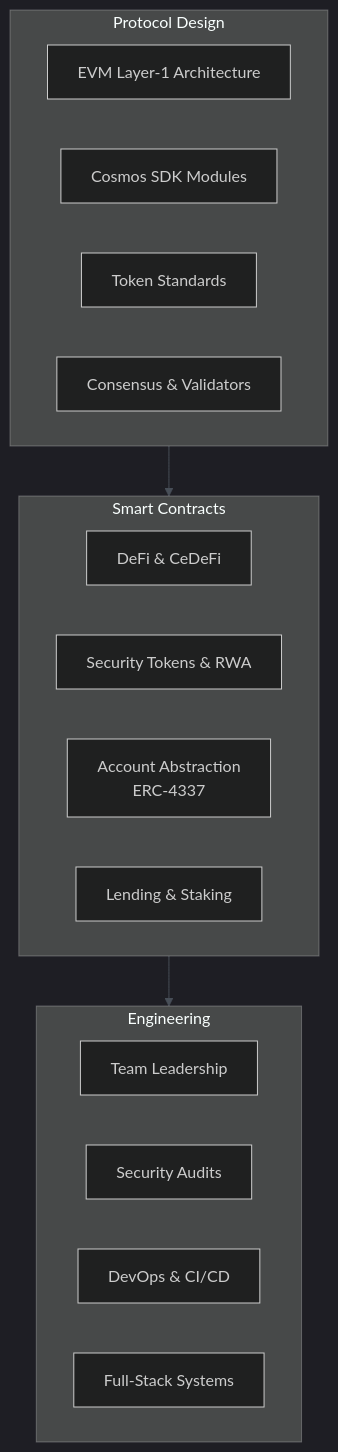
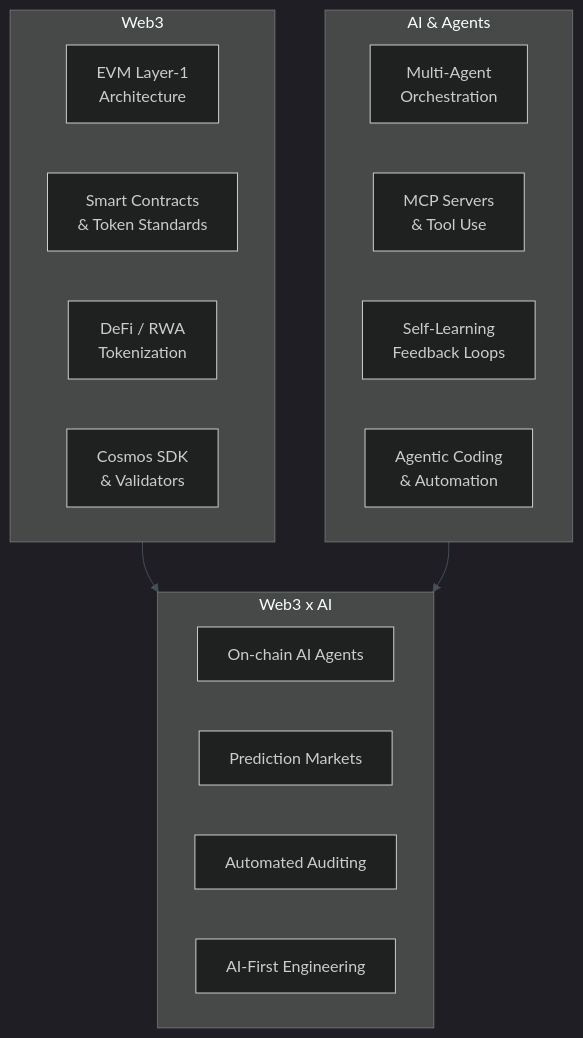
Before and after one commit to Aboudjem/aboudjem: the diagram in README.md, drawn with Mermaid. The commit also changed other lines of this file and 7 other files, not shown here.

````diff
--- a/README.md
+++ b/README.md
@@ -192,27 +267,27 @@
 ```mermaid
 %%{init: {'theme': 'dark', 'themeVariables': { 'primaryColor': '#1f6feb', 'primaryTextColor': '#fff', 'primaryBorderColor': '#30363d', 'lineColor': '#484f58', 'secondaryColor': '#238636', 'tertiaryColor': '#8b5cf6', 'fontFamily': 'JetBrains Mono, monospace'}}}%%
 graph TB
-    subgraph Protocol["Protocol Design"]
-        P1[EVM Layer-1 Architecture]
-        P2[Cosmos SDK Modules]
-        P3[Token Standards]
-        P4[Consensus & Validators]
+    subgraph Web3["Web3"]
+        W1[EVM Layer-1<br/>Architecture]
+        W2[Smart Contracts<br/>& Token Standards]
+        W3[DeFi / RWA<br/>Tokenization]
+        W4[Cosmos SDK<br/>& Validators]
     end
 
-    subgraph Smart["Smart Contracts"]
-        S1[DeFi & CeDeFi]
-        S2[Security Tokens & RWA]
-        S3[Account Abstraction<br/>ERC-4337]
-        S4[Lending & Staking]
+    subgraph AI["AI & Agents"]
+        A1[Multi-Agent<br/>Orchestration]
+        A2[MCP Servers<br/>& Tool Use]
+        A3[Self-Learning<br/>Feedback Loops]
+        A4[Agentic Coding<br/>& Automation]
     end
 
-    subgraph Eng["Engineering"]
-        E1[Team Leadership]
-        E2[Security Audits]
-        E3[DevOps & CI/CD]
-        E4[Full-Stack Systems]
+    subgraph Convergence["Web3 x AI"]
+        C1[On-chain AI Agents]
+        C2[Prediction Markets]
+        C3[Automated Auditing]
+        C4[AI-First Engineering]
     end
 
-    Protocol --> Smart
-    Smart --> Eng
+    Web3 --> Convergence
+    AI --> Convergence
 ```
````
